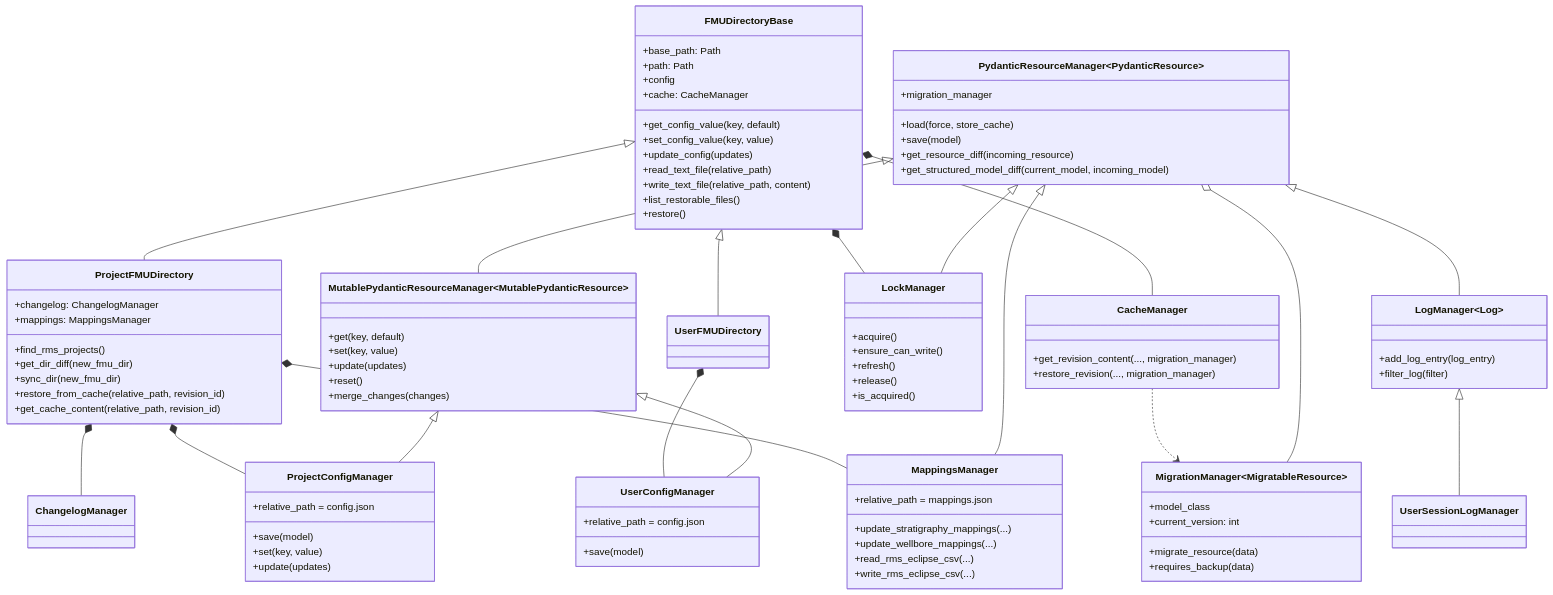
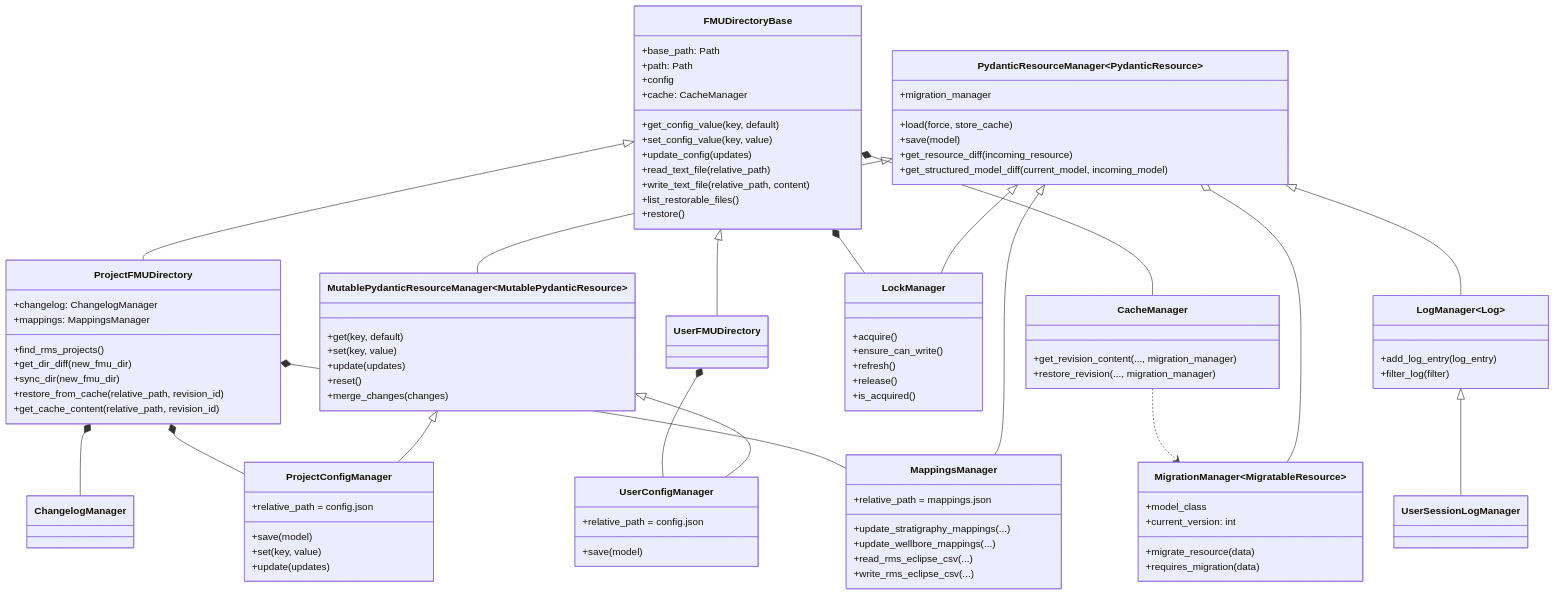
The second of 3 diagrams in ARCHITECTURE.md (equinor/fmu-settings), drawn with Mermaid before and after one commit. The commit also changed other lines of this file and 10 other files, not shown here.

```diff
--- a/ARCHITECTURE.md
+++ b/ARCHITECTURE.md
@@ -89,7 +89,7 @@
         +model_class
         +current_version: int
         +migrate_resource(data)
-        +requires_backup(data)
+        +requires_migration(data)
     }
 
     class MutablePydanticResourceManager~MutablePydanticResource~ {
```
